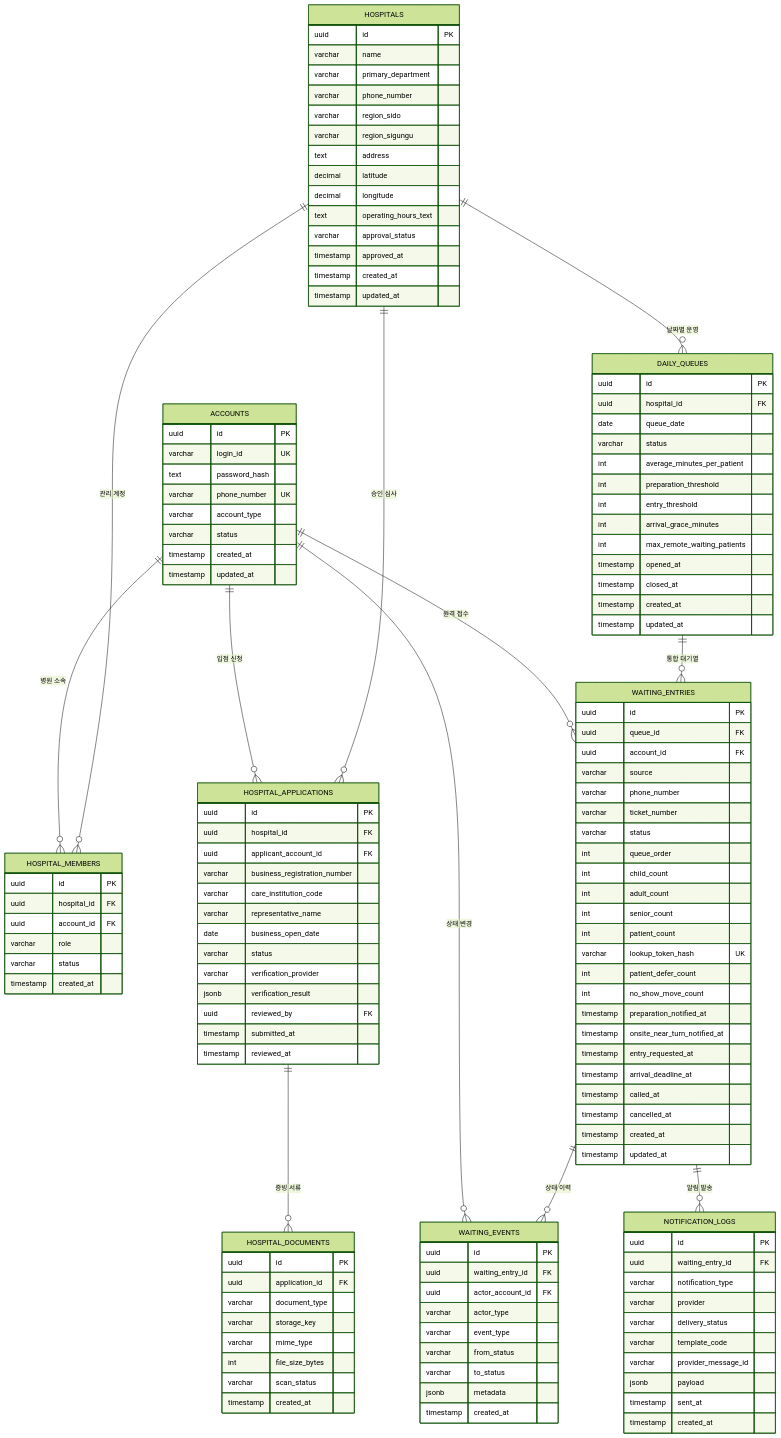
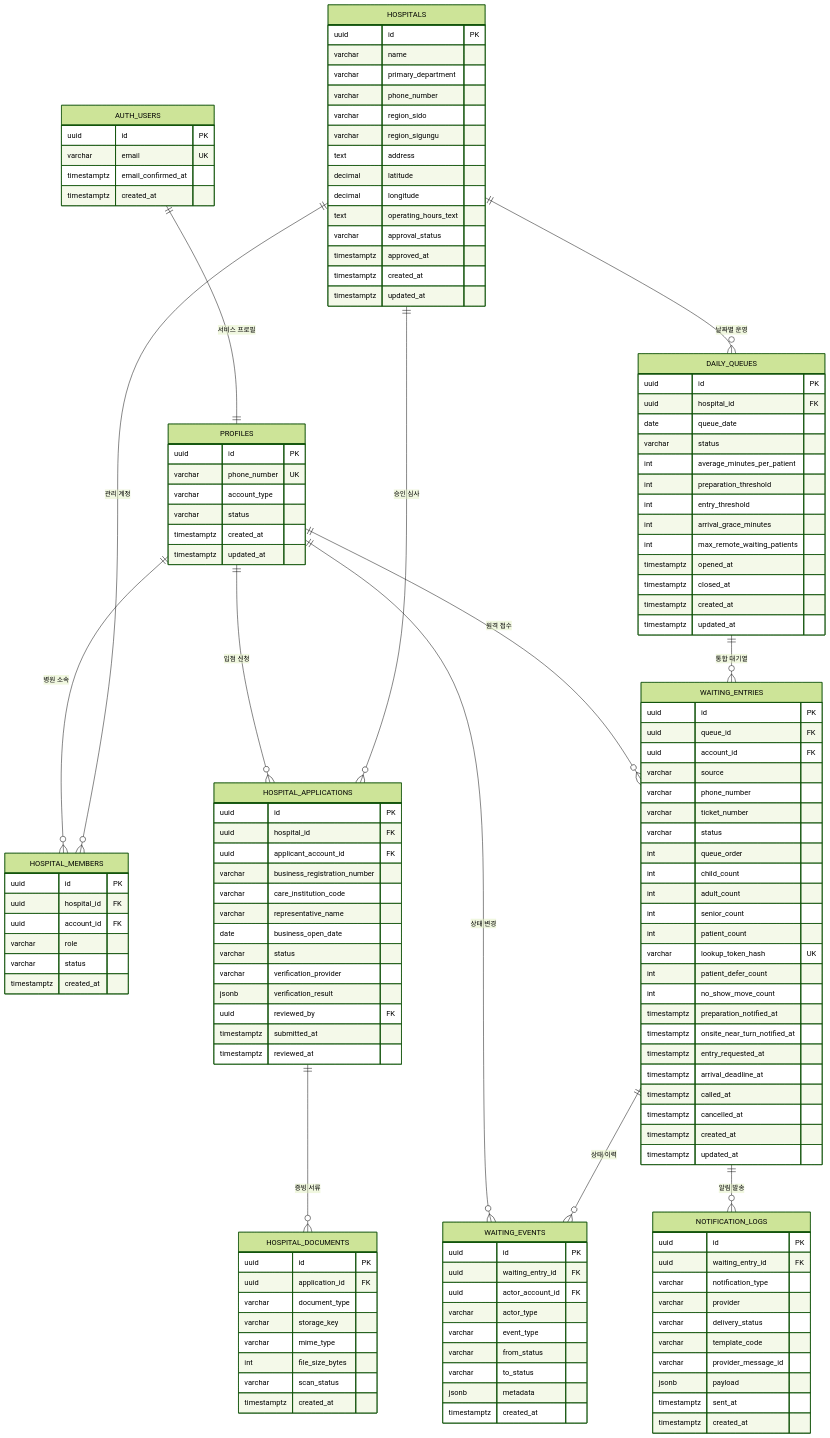
One commit to Mureung1/hub-showcase changed the diagram in docs/erd.md. Above: the diagram before and after it, drawn with Mermaid (forest theme). The commit also changed other lines of this file and 107 other files, not shown here.

````diff
--- a/docs/erd.md
+++ b/docs/erd.md
@@ -17,9 +18,10 @@
 ```mermaid
 erDiagram
-    ACCOUNTS ||--o{ HOSPITAL_MEMBERS : "병원 소속"
-    ACCOUNTS ||--o{ HOSPITAL_APPLICATIONS : "입점 신청"
-    ACCOUNTS ||--o{ WAITING_ENTRIES : "원격 접수"
-    ACCOUNTS ||--o{ WAITING_EVENTS : "상태 변경"
+    AUTH_USERS ||--|| PROFILES : "서비스 프로필"
+    PROFILES ||--o{ HOSPITAL_MEMBERS : "병원 소속"
+    PROFILES ||--o{ HOSPITAL_APPLICATIONS : "입점 신청"
+    PROFILES ||--o{ WAITING_ENTRIES : "원격 접수"
+    PROFILES ||--o{ WAITING_EVENTS : "상태 변경"
     HOSPITALS ||--o{ HOSPITAL_MEMBERS : "관리 계정"
     HOSPITALS ||--o{ HOSPITAL_APPLICATIONS : "승인 심사"
     HOSPITALS ||--o{ DAILY_QUEUES : "날짜별 운영"
@@ -28,15 +30,20 @@
     WAITING_ENTRIES ||--o{ NOTIFICATION_LOGS : "알림 발송"
     HOSPITAL_APPLICATIONS ||--o{ HOSPITAL_DOCUMENTS : "증빙 서류"
 
-    ACCOUNTS {
+    AUTH_USERS {
         uuid id PK
-        varchar login_id UK
-        text password_hash
+        varchar email UK
+        timestamptz email_confirmed_at
+        timestamptz created_at
+    }
+
+    PROFILES {
+        uuid id PK
         varchar phone_number UK
         varchar account_type
         varchar status
-        timestamp created_at
-        timestamp updated_at
+        timestamptz created_at
+        timestamptz updated_at
     }
 
     HOSPITALS {
@@ -51,9 +58,9 @@
         decimal longitude
         text operating_hours_text
         varchar approval_status
-        timestamp approved_at
-        timestamp created_at
-        timestamp updated_at
+        timestamptz approved_at
+        timestamptz created_at
+        timestamptz updated_at
     }
 
     HOSPITAL_MEMBERS {
@@ -62,7 +69,7 @@
         uuid account_id FK
         varchar role
         varchar status
-        timestamp created_at
+        timestamptz created_at
     }
 
     HOSPITAL_APPLICATIONS {
@@ -77,8 +84,8 @@
         varchar verification_provider
         jsonb verification_result
         uuid reviewed_by FK
-        timestamp submitted_at
-        timestamp reviewed_at
+        timestamptz submitted_at
+        timestamptz reviewed_at
     }
 
     HOSPITAL_DOCUMENTS {
@@ -89,7 +96,7 @@
         varchar mime_type
         int file_size_bytes
         varchar scan_status
-        timestamp created_at
+        timestamptz created_at
     }
 
     DAILY_QUEUES {
@@ -102,10 +109,10 @@
         int entry_threshold
         int arrival_grace_minutes
         int max_remote_waiting_patients
-        timestamp opened_at
-        timestamp closed_at
-        timestamp created_at
-        timestamp updated_at
+        timestamptz opened_at
+        timestamptz closed_at
+        timestamptz created_at
+        timestamptz updated_at
     }
 
     WAITING_ENTRIES {
@@ -124,14 +131,14 @@
         varchar lookup_token_hash UK
         int patient_defer_count
         int no_show_move_count
-        timestamp preparation_notified_at
-        timestamp onsite_near_turn_notified_at
-        timestamp entry_requested_at
-        timestamp arrival_deadline_at
-        timestamp called_at
-        timestamp cancelled_at
-        timestamp created_at
-        timestamp updated_at
+        timestamptz preparation_notified_at
+        timestamptz onsite_near_turn_notified_at
+        timestamptz entry_requested_at
+        timestamptz arrival_deadline_at
+        timestamptz called_at
+        timestamptz cancelled_at
+        timestamptz created_at
+        timestamptz updated_at
     }
 
     WAITING_EVENTS {
@@ -143,7 +150,7 @@
         varchar from_status
         varchar to_status
         jsonb metadata
-        timestamp created_at
+        timestamptz created_at
     }
 
     NOTIFICATION_LOGS {
@@ -155,7 +162,7 @@
         varchar template_code
         varchar provider_message_id
         jsonb payload
-        timestamp sent_at
-        timestamp created_at
+        timestamptz sent_at
+        timestamptz created_at
     }
 ```
````
